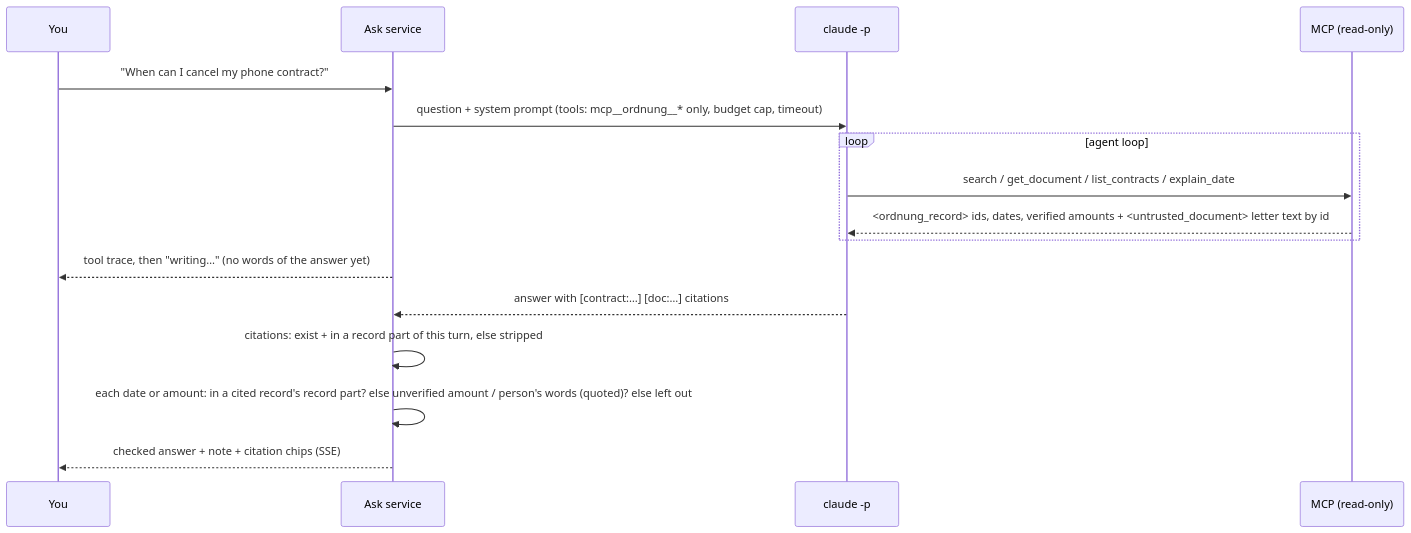
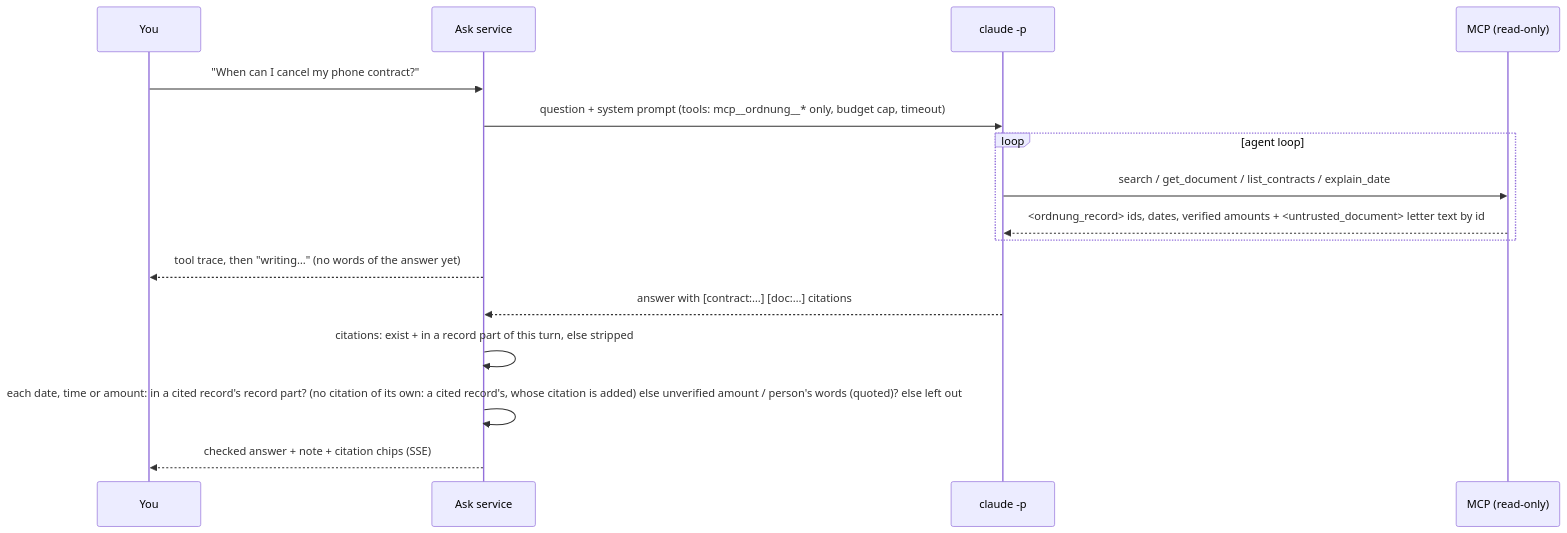
One commit to ahmedEid1/ordnung changed the third of 4 diagrams in docs/architecture.md. Above: the diagram before and after it, drawn with Mermaid. The commit also changed other lines of this file and 3 other files, not shown here.

First line of the commit message:
Docs: ADR 0008, SPEC, architecture and privacy for the final review

````diff
--- a/docs/architecture.md
+++ b/docs/architecture.md
@@ -100,18 +100,18 @@
 ```mermaid
 sequenceDiagram
   participant U as You
   participant S as Ask service
   participant C as claude -p
   participant M as MCP (read-only)
   U->>S: "When can I cancel my phone contract?"
   S->>C: question + system prompt (tools: mcp__ordnung__* only, budget cap, timeout)
   loop agent loop
     C->>M: search / get_document / list_contracts / explain_date
     M-->>C: <ordnung_record> ids, dates, verified amounts + <untrusted_document> letter text by id
   end
   S-->>U: tool trace, then "writing…" (no words of the answer yet)
   C-->>S: answer with [contract:…] [doc:…] citations
   S->>S: citations: exist + in a record part of this turn, else stripped
-  S->>S: each date or amount: in a cited record's record part? else unverified amount / person's words (quoted)? else left out
+  S->>S: each date, time or amount: in a cited record's record part? (no citation of its own: a cited record's, whose citation is added) else unverified amount / person's words (quoted)? else left out
   S-->>U: checked answer + note + citation chips (SSE)
 ```
````
